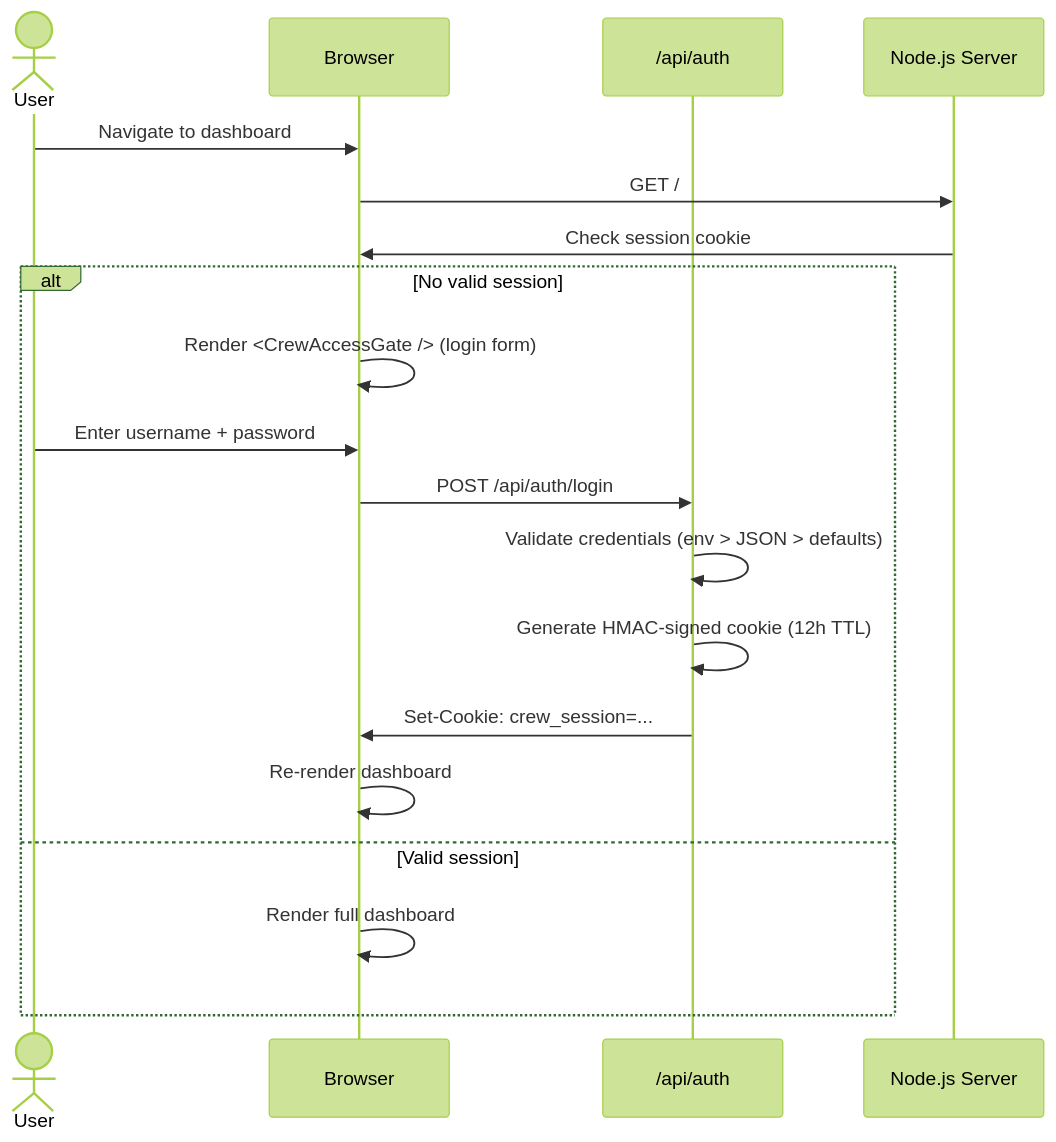
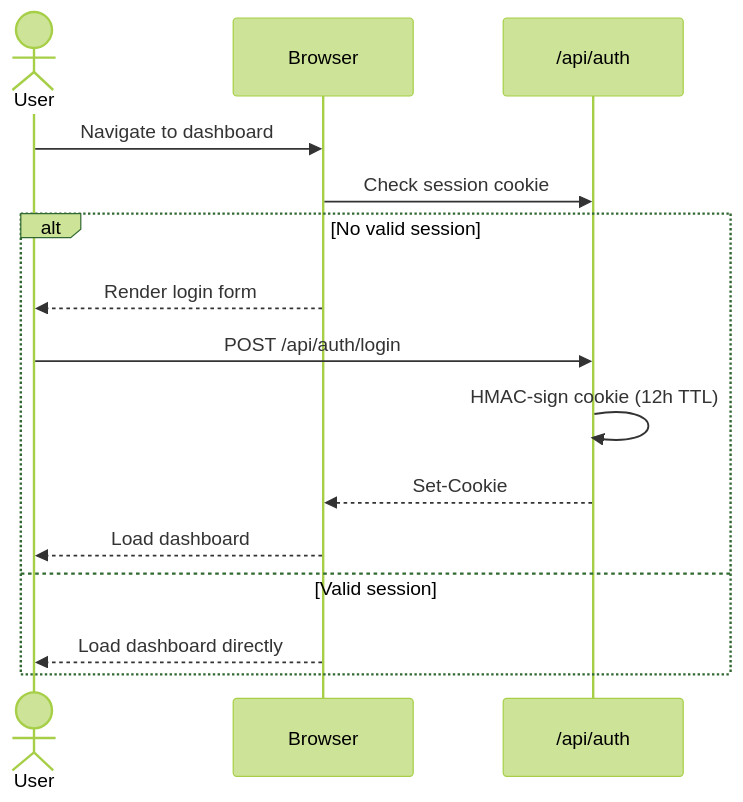
Before and after one commit to Avvicenna/intelligenceboard: the fourth of 18 diagrams in README.md, drawn with Mermaid (forest theme). The commit also changed other lines of this file, not shown here.

````diff
--- a/README.md
+++ b/README.md
@@ -702,22 +367,18 @@
 ```mermaid
 sequenceDiagram
     actor User
     participant Browser
     participant API as /api/auth
-    participant Server as Node.js Server
 
     User->>Browser: Navigate to dashboard
-    Browser->>Server: GET /
-    Server->>Browser: Check session cookie
+    Browser->>API: Check session cookie
     alt No valid session
-        Browser->>Browser: Render <CrewAccessGate /> (login form)
-        User->>Browser: Enter username + password
-        Browser->>API: POST /api/auth/login
-        API->>API: Validate credentials (env > JSON > defaults)
-        API->>API: Generate HMAC-signed cookie (12h TTL)
-        API->>Browser: Set-Cookie: crew_session=...
-        Browser->>Browser: Re-render dashboard
+        Browser-->>User: Render login form
+        User->>API: POST /api/auth/login
+        API->>API: HMAC-sign cookie (12h TTL)
+        API-->>Browser: Set-Cookie
+        Browser-->>User: Load dashboard
     else Valid session
-        Browser->>Browser: Render full dashboard
+        Browser-->>User: Load dashboard directly
     end
 ```
````
